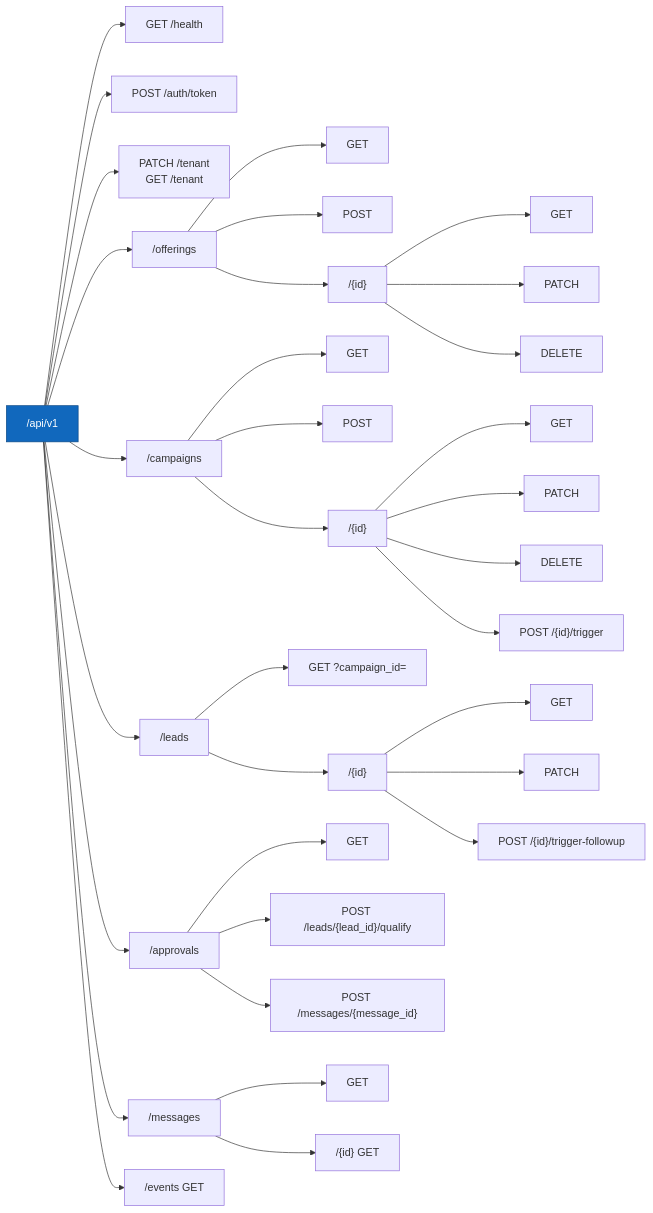
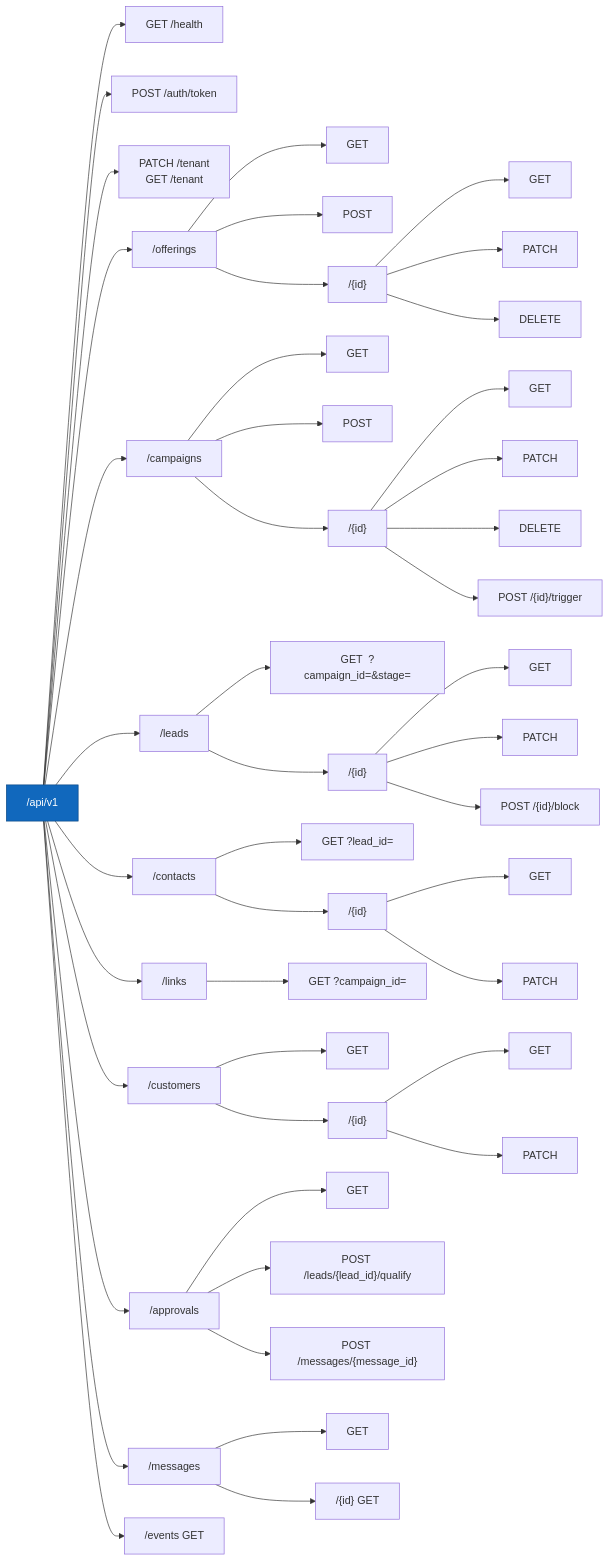
Before and after one commit to smallTechOrg/sales-agent: the first of 5 diagrams in spec/product/09-api.md, drawn with Mermaid. The commit also changed other lines of this file and 196 other files, not shown here.

First line of the commit message:
First Working Demo -- Partial Research, Links & Leads Qualification (#3)

````diff
--- a/spec/product/09-api.md
+++ b/spec/product/09-api.md
@@ -32,46 +32,61 @@
 ```mermaid
 flowchart LR
     root["/api/v1"]
 
     root --> health["GET /health"]
     root --> auth["POST /auth/token"]
 
     root --> tenant["PATCH /tenant\nGET /tenant"]
 
     root --> offerings["/offerings"]
     offerings --> off_list["GET"]
     offerings --> off_create["POST"]
     offerings --> off_id[" /{id}"]
     off_id --> off_get["GET"]
     off_id --> off_patch["PATCH"]
     off_id --> off_del["DELETE"]
 
     root --> campaigns["/campaigns"]
     campaigns --> camp_list["GET"]
     campaigns --> camp_create["POST"]
     campaigns --> camp_id["/{id}"]
     camp_id --> camp_get["GET"]
     camp_id --> camp_patch["PATCH"]
     camp_id --> camp_del["DELETE"]
     camp_id --> camp_trigger["POST /{id}/trigger"]
 
     root --> leads["/leads"]
-    leads --> lead_list["GET  ?campaign_id="]
+    leads --> lead_list["GET  ?campaign_id=&stage="]
     leads --> lead_id["/{id}"]
     lead_id --> lead_get["GET"]
     lead_id --> lead_patch["PATCH"]
-    lead_id --> lead_fu["POST /{id}/trigger-followup"]
+    lead_id --> lead_block["POST /{id}/block"]
+
+    root --> contacts["/contacts"]
+    contacts --> cont_list["GET  ?lead_id="]
+    contacts --> cont_id["/{id}"]
+    cont_id --> cont_get["GET"]
+    cont_id --> cont_patch["PATCH"]
+
+    root --> links["/links"]
+    links --> link_list["GET  ?campaign_id="]
+
+    root --> customers["/customers"]
+    customers --> cust_list["GET"]
+    customers --> cust_id["/{id}"]
+    cust_id --> cust_get["GET"]
+    cust_id --> cust_patch["PATCH"]
 
     root --> approvals["/approvals"]
     approvals --> appr_list["GET"]
     approvals --> appr_qual["POST /leads/{lead_id}/qualify"]
     approvals --> appr_msg["POST /messages/{message_id}"]
 
     root --> messages["/messages"]
     messages --> msg_list["GET"]
     messages --> msg_id["/{id}  GET"]
 
     root --> events["/events  GET"]
 
     style root fill:#1168bd,color:#fff,stroke:#0b4884
 ```
````
